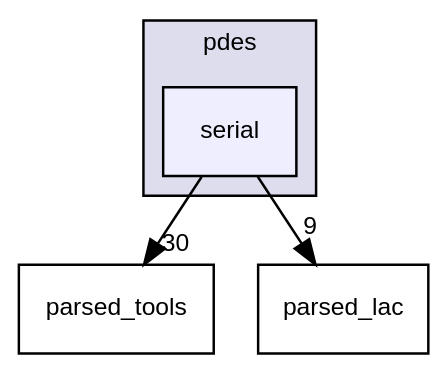
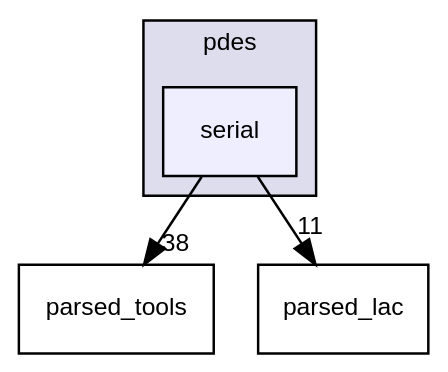
One commit to luca-heltai/fsi-suite changed the diagram in dir_0d1c0d82d2331d1d942d7c7f0084aeb2_dep.dot. Above: the diagram before and after it, drawn with Graphviz. The commit also changed 639 other files, not shown here.

```diff
--- a/dir_0d1c0d82d2331d1d942d7c7f0084aeb2_dep.dot
+++ b/dir_0d1c0d82d2331d1d942d7c7f0084aeb2_dep.dot
@@ -1,14 +1,14 @@
 digraph "include/pdes/serial" {
   bgcolor=transparent;
   compound=true
   node [ fontsize="10", fontname="Helvetica"];
   edge [ labelfontsize="10", labelfontname="Helvetica"];
   subgraph clusterdir_60faf9a10d52b04582224b9116454383 {
     graph [ bgcolor="#ddddee", pencolor="black", label="pdes" fontname="Helvetica", fontsize="10", URL="dir_60faf9a10d52b04582224b9116454383.html"]
   dir_0d1c0d82d2331d1d942d7c7f0084aeb2 [shape=box, label="serial", style="filled", fillcolor="#eeeeff", pencolor="black", URL="dir_0d1c0d82d2331d1d942d7c7f0084aeb2.html"];
   }
   dir_8e8448d9aef603b86753e7cb911804a9 [shape=box label="parsed_tools" URL="dir_8e8448d9aef603b86753e7cb911804a9.html"];
   dir_65593bf93f1e4428cc81baf4bb94349f [shape=box label="parsed_lac" URL="dir_65593bf93f1e4428cc81baf4bb94349f.html"];
-  dir_0d1c0d82d2331d1d942d7c7f0084aeb2->dir_8e8448d9aef603b86753e7cb911804a9 [headlabel="30", labeldistance=1.5 headhref="dir_000006_000004.html"];
-  dir_0d1c0d82d2331d1d942d7c7f0084aeb2->dir_65593bf93f1e4428cc81baf4bb94349f [headlabel="9", labeldistance=1.5 headhref="dir_000006_000003.html"];
+  dir_0d1c0d82d2331d1d942d7c7f0084aeb2->dir_8e8448d9aef603b86753e7cb911804a9 [headlabel="38", labeldistance=1.5 headhref="dir_000006_000004.html"];
+  dir_0d1c0d82d2331d1d942d7c7f0084aeb2->dir_65593bf93f1e4428cc81baf4bb94349f [headlabel="11", labeldistance=1.5 headhref="dir_000006_000003.html"];
 }
```
